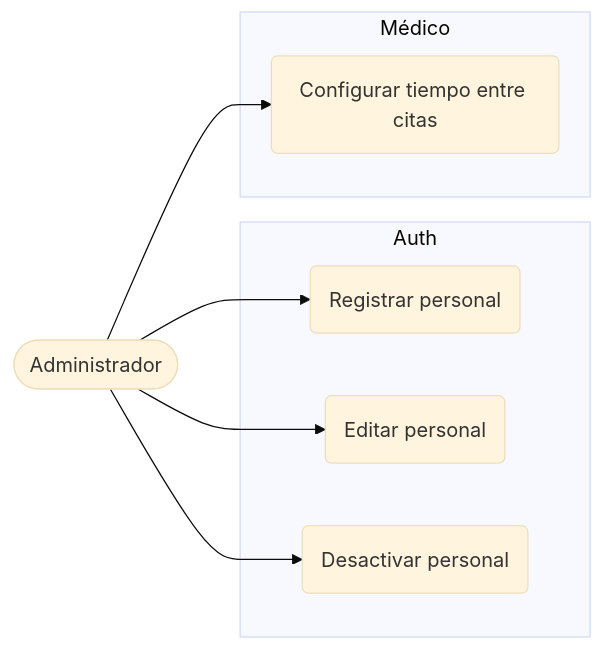
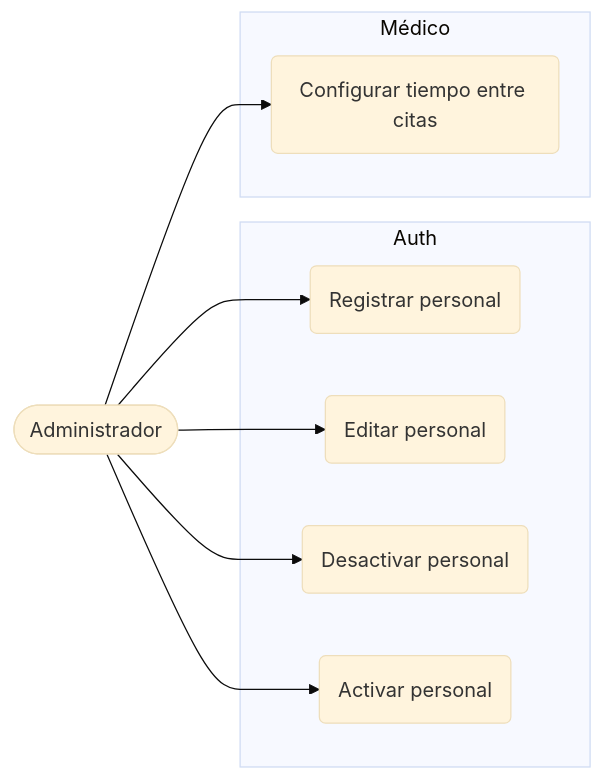
One commit to DaikoneKisu/san-martin-de-porres-parish-pharmacy-community-service changed the diagram in docs/per-module/admin/use-cases.mermaid. Above: the diagram before and after it, drawn with Mermaid (base theme). The commit also changed 10 other files, not shown here.

Commit message:
chore: add flowcharts for various use cases in accounting, admin, donation, inventory, and medical modules

```diff
--- a/docs/per-module/admin/use-cases.mermaid
+++ b/docs/per-module/admin/use-cases.mermaid
@@ -1,18 +1,20 @@
 flowchart LR
   ADM([Administrador])
 
   subgraph Auth
     UC_register(Registrar personal)
     UC_edit_staff(Editar personal)
     UC_deactivate(Desactivar personal)
+    UC_activate(Activar personal)
   end
 
   ADM --> UC_register
   ADM --> UC_edit_staff
   ADM --> UC_deactivate
+  ADM --> UC_activate
 
   subgraph Médico
     UC11(Configurar tiempo entre citas)
   end
 
   ADM --> UC11
```
